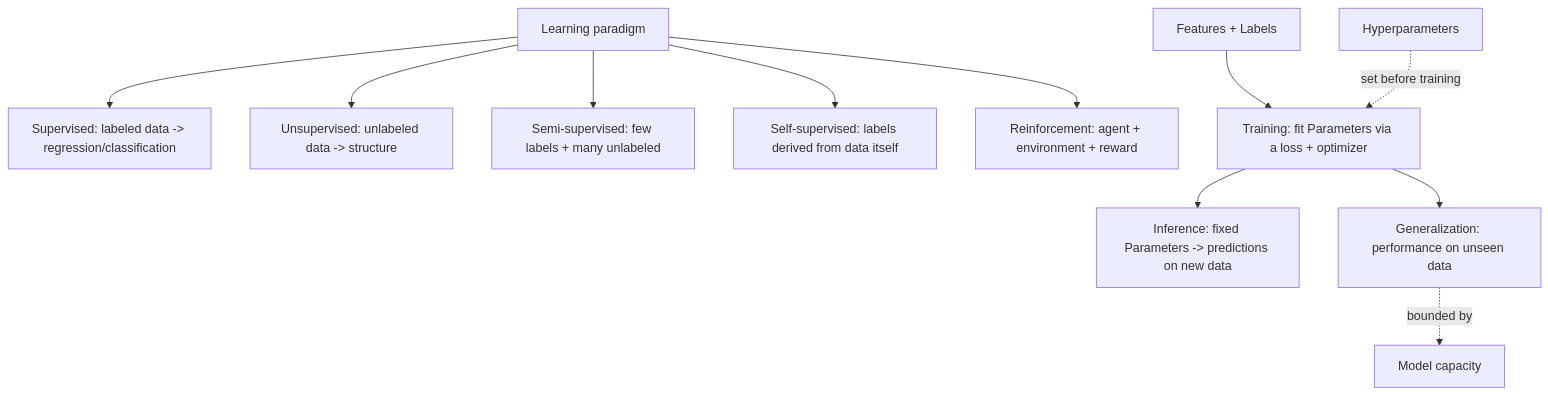
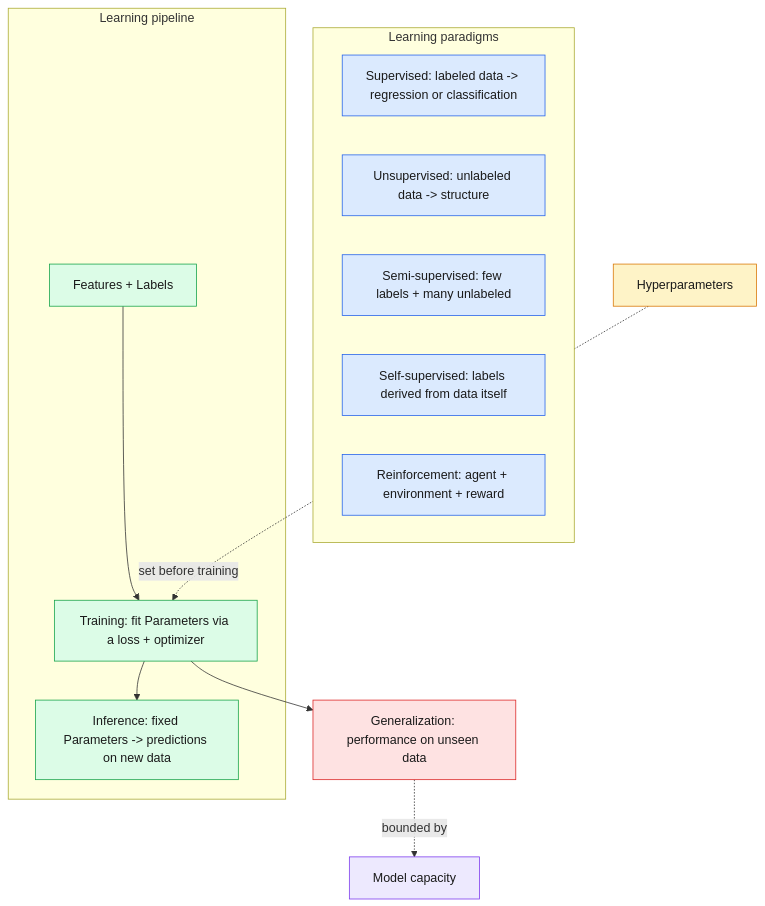
One commit to bhanu-prakash12/ai-ml-engineer-fundamentals changed the diagram in day02_machine_learning/06_ml_fundamentals/README.md. Above: the diagram before and after it, drawn with Mermaid. The commit also changed other lines of this file and 68 other files, not shown here.

````diff
--- a/day02_machine_learning/06_ml_fundamentals/README.md
+++ b/day02_machine_learning/06_ml_fundamentals/README.md
@@ -34,13 +133,27 @@
 ```mermaid
 flowchart TD
-  A[Learning paradigm] --> B[Supervised: labeled data -> regression/classification]
-  A --> C[Unsupervised: unlabeled data -> structure]
-  A --> D[Semi-supervised: few labels + many unlabeled]
-  A --> E[Self-supervised: labels derived from data itself]
-  A --> F[Reinforcement: agent + environment + reward]
-  G[Features + Labels] --> H[Training: fit Parameters via a loss + optimizer]
-  H --> I[Inference: fixed Parameters -> predictions on new data]
-  J[Hyperparameters] -.set before training.-> H
-  H --> K[Generalization: performance on unseen data]
-  K -.bounded by.-> L[Model capacity]
+  subgraph PAR["Learning paradigms"]
+    B["Supervised: labeled data -> regression or classification"]
+    C["Unsupervised: unlabeled data -> structure"]
+    D["Semi-supervised: few labels + many unlabeled"]
+    E["Self-supervised: labels derived from data itself"]
+    F["Reinforcement: agent + environment + reward"]
+  end
+  subgraph PIPE["Learning pipeline"]
+    G["Features + Labels"] --> H["Training: fit Parameters via a loss + optimizer"]
+    H --> I["Inference: fixed Parameters -> predictions on new data"]
+  end
+  J["Hyperparameters"] -.->|"set before training"| H
+  H --> K["Generalization: performance on unseen data"]
+  K -.->|"bounded by"| L["Model capacity"]
+  classDef para fill:#DBEAFE,stroke:#2563EB,color:#1a1a1a;
+  classDef pipe fill:#DCFCE7,stroke:#16A34A,color:#1a1a1a;
+  classDef hyper fill:#FEF3C7,stroke:#D97706,color:#1a1a1a;
+  classDef risk fill:#FEE2E2,stroke:#DC2626,color:#1a1a1a;
+  classDef cap fill:#EDE9FE,stroke:#7C3AED,color:#1a1a1a;
+  class B,C,D,E,F para;
+  class G,H,I pipe;
+  class J hyper;
+  class K risk;
+  class L cap;
 ```
````
